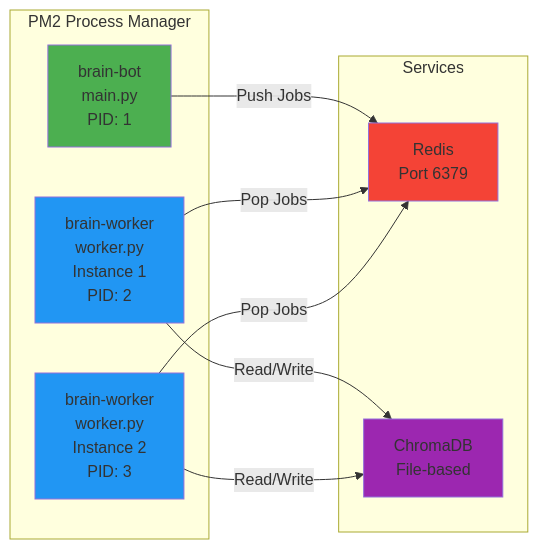
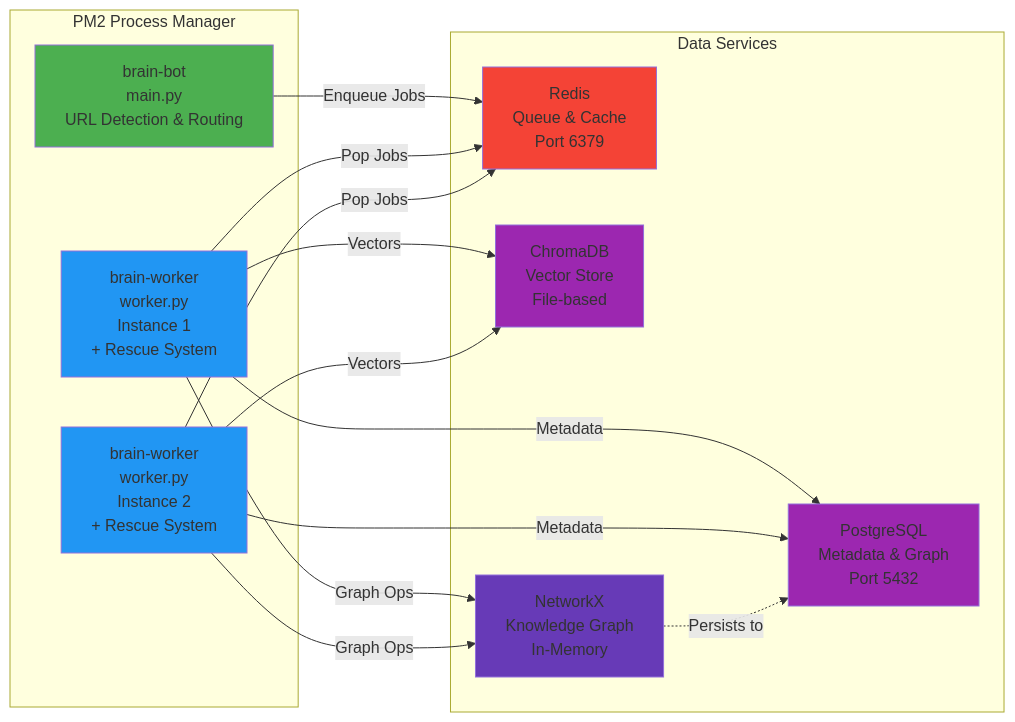
The second of 4 diagrams in README.md (mkierin/assistant-brain-os), drawn with Mermaid before and after one commit. The commit also changed other lines of this file, not shown here.

First line of the commit message:
Update architecture diagrams to reflect v3.0 features

````diff
--- a/README.md
+++ b/README.md
@@ -152,26 +175,38 @@
 ```mermaid
 graph LR
     subgraph "PM2 Process Manager"
-        P1[brain-bot<br/>main.py<br/>PID: 1]
-        P2[brain-worker<br/>worker.py<br/>Instance 1<br/>PID: 2]
-        P3[brain-worker<br/>worker.py<br/>Instance 2<br/>PID: 3]
+        P1[brain-bot<br/>main.py<br/>URL Detection & Routing]
+        P2[brain-worker<br/>worker.py<br/>Instance 1<br/>+ Rescue System]
+        P3[brain-worker<br/>worker.py<br/>Instance 2<br/>+ Rescue System]
     end
 
-    subgraph "Services"
-        R[Redis<br/>Port 6379]
-        DB[ChromaDB<br/>File-based]
+    subgraph "Data Services"
+        R[Redis<br/>Queue & Cache<br/>Port 6379]
+        PG[PostgreSQL<br/>Metadata & Graph<br/>Port 5432]
+        CH[ChromaDB<br/>Vector Store<br/>File-based]
+        NX[NetworkX<br/>Knowledge Graph<br/>In-Memory]
     end
 
-    P1 -->|Push Jobs| R
+    P1 -->|Enqueue Jobs| R
     P2 -->|Pop Jobs| R
     P3 -->|Pop Jobs| R
 
-    P2 -->|Read/Write| DB
-    P3 -->|Read/Write| DB
+    P2 -->|Vectors| CH
+    P3 -->|Vectors| CH
+
+    P2 -->|Metadata| PG
+    P3 -->|Metadata| PG
+
+    P2 -->|Graph Ops| NX
+    P3 -->|Graph Ops| NX
+
+    NX -.->|Persists to| PG
 
     style P1 fill:#4CAF50
     style P2 fill:#2196F3
     style P3 fill:#2196F3
     style R fill:#F44336
-    style DB fill:#9C27B0
+    style PG fill:#9C27B0
+    style CH fill:#9C27B0
+    style NX fill:#673AB7
 ```
````
